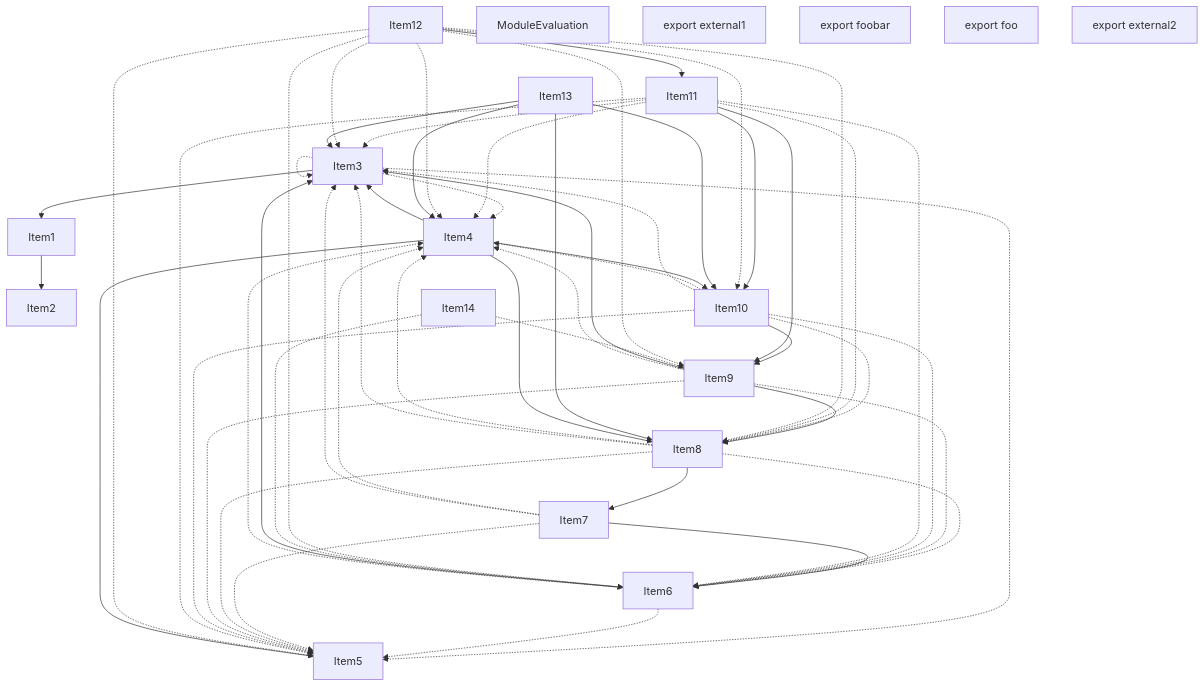
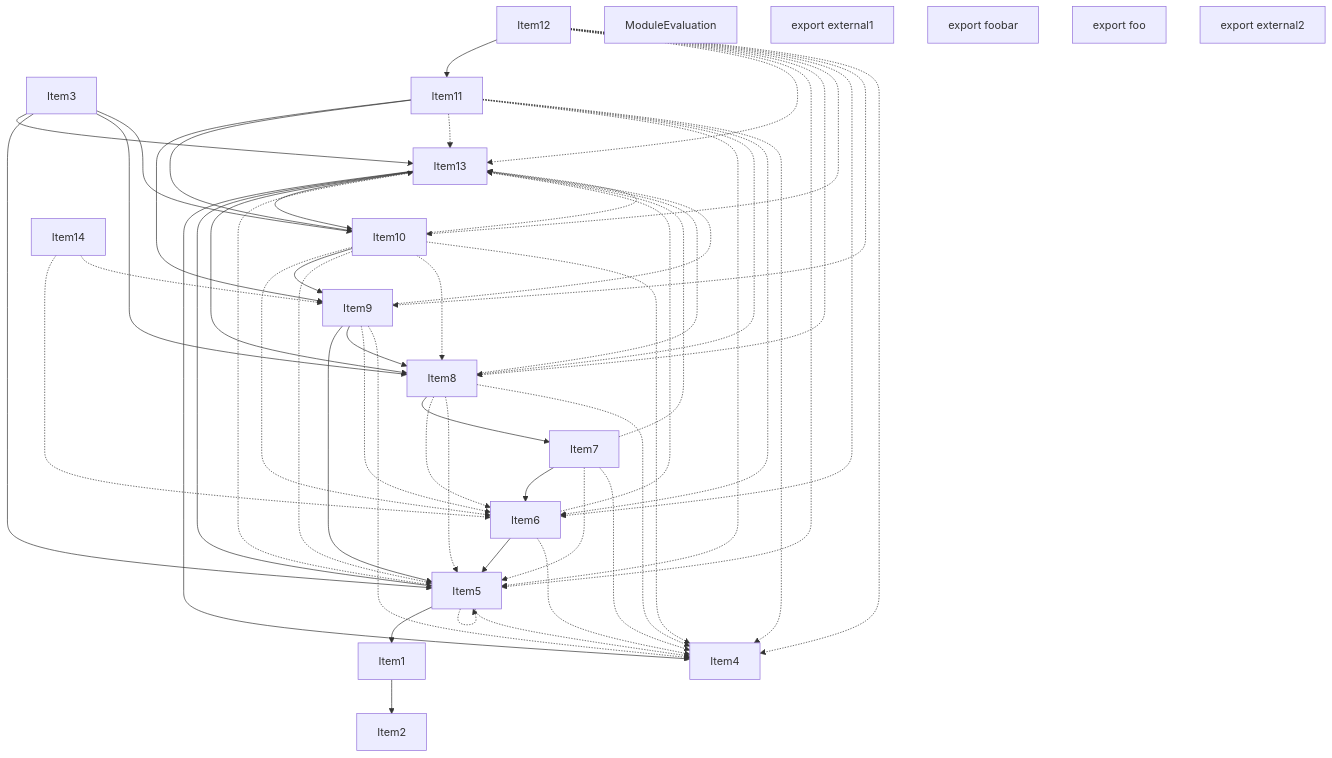
The third of 4 diagrams in crates/turbopack-ecmascript/tests/tree-shaker/analyzer/2/output.md (vercel/turborepo), drawn with Mermaid before and after one commit. The commit also changed other lines of this file and 3 other files, not shown here.

````diff
--- a/crates/turbopack-ecmascript/tests/tree-shaker/analyzer/2/output.md
+++ b/crates/turbopack-ecmascript/tests/tree-shaker/analyzer/2/output.md
@@ -253,80 +253,80 @@
 ```mermaid
 graph TD
-    Item1;
+    Item3;
     Item2;
-    Item3;
     Item4;
     Item5;
     Item6;
     Item7;
     Item8;
     Item9;
     Item10;
     Item11;
     Item12;
     Item13;
     Item14;
+    Item1;
     Item15;
     Item15["ModuleEvaluation"];
     Item16;
     Item16["export external1"];
     Item17;
     Item17["export foobar"];
     Item18;
     Item18["export foo"];
     Item19;
     Item19["export external2"];
     Item1 --> Item2;
-    Item3 --> Item1;
-    Item3 -.-> Item4;
-    Item3 -.-> Item3;
-    Item3 -.-> Item5;
-    Item6 --> Item3;
+    Item5 --> Item1;
+    Item5 -.-> Item13;
+    Item5 -.-> Item5;
+    Item5 -.-> Item4;
+    Item6 --> Item5;
+    Item6 -.-> Item13;
     Item6 -.-> Item4;
-    Item6 -.-> Item5;
     Item7 --> Item6;
+    Item7 -.-> Item13;
+    Item7 -.-> Item5;
     Item7 -.-> Item4;
-    Item7 -.-> Item3;
-    Item7 -.-> Item5;
     Item8 --> Item7;
     Item8 -.-> Item6;
+    Item8 -.-> Item13;
+    Item8 -.-> Item5;
     Item8 -.-> Item4;
-    Item8 -.-> Item3;
-    Item8 -.-> Item5;
-    Item9 --> Item3;
+    Item9 --> Item5;
     Item9 --> Item8;
+    Item9 -.-> Item13;
+    Item9 -.-> Item6;
     Item9 -.-> Item4;
-    Item9 -.-> Item6;
-    Item9 -.-> Item5;
     Item10 -.-> Item6;
     Item10 --> Item9;
+    Item10 -.-> Item13;
+    Item10 -.-> Item5;
+    Item10 -.-> Item8;
     Item10 -.-> Item4;
-    Item10 -.-> Item3;
-    Item10 -.-> Item8;
-    Item10 -.-> Item5;
     Item11 --> Item9;
     Item11 --> Item10;
-    Item11 -.-> Item4;
-    Item11 -.-> Item3;
+    Item11 -.-> Item13;
+    Item11 -.-> Item5;
     Item11 -.-> Item8;
     Item11 -.-> Item6;
-    Item11 -.-> Item5;
+    Item11 -.-> Item4;
     Item12 --> Item11;
-    Item12 -.-> Item4;
-    Item12 -.-> Item3;
+    Item12 -.-> Item13;
+    Item12 -.-> Item5;
     Item12 -.-> Item8;
     Item12 -.-> Item10;
     Item12 -.-> Item6;
     Item12 -.-> Item9;
-    Item12 -.-> Item5;
+    Item12 -.-> Item4;
+    Item3 --> Item13;
+    Item3 --> Item5;
+    Item3 --> Item8;
+    Item3 --> Item10;
     Item13 --> Item4;
-    Item13 --> Item3;
+    Item13 --> Item5;
     Item13 --> Item8;
     Item13 --> Item10;
-    Item4 --> Item5;
-    Item4 --> Item3;
-    Item4 --> Item8;
-    Item4 --> Item10;
     Item14 -.-> Item6;
     Item14 -.-> Item9;
 ```
````
